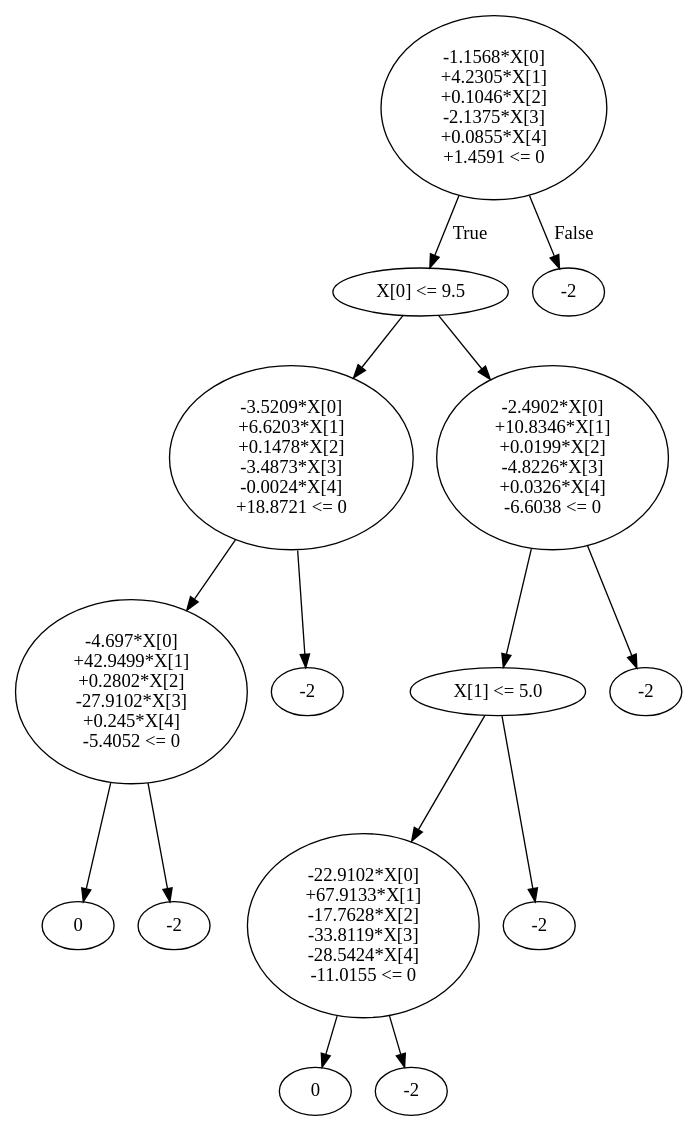
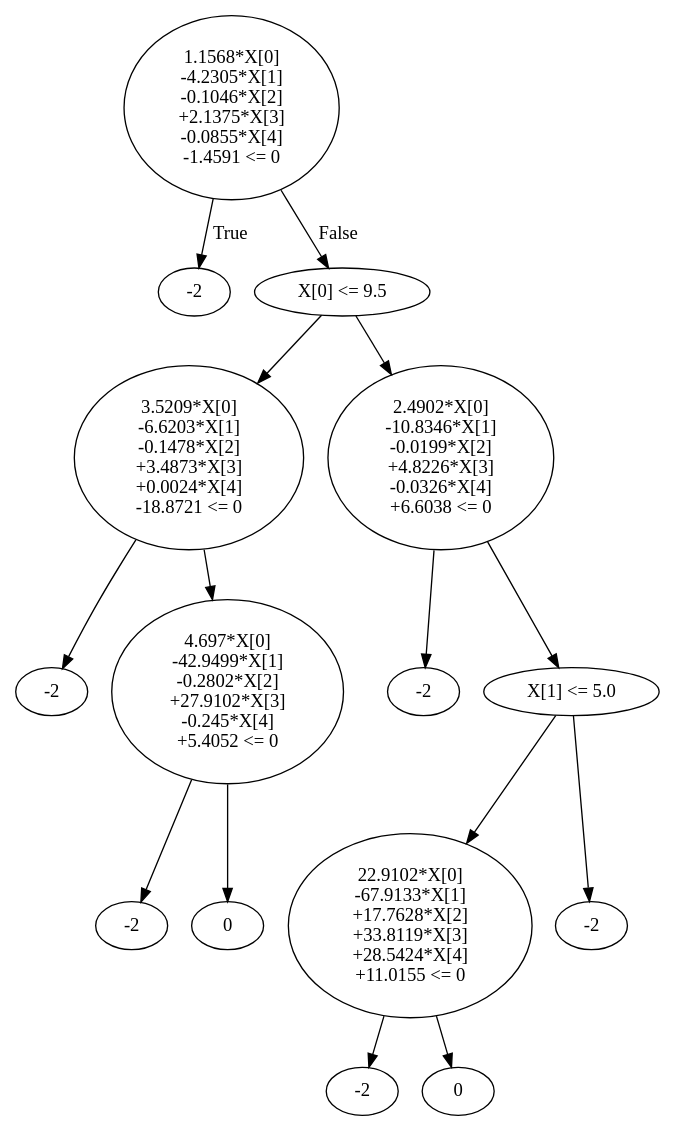
The diagram in decision_trees/MaxEveryNodeLCDT(LogisticRegression)/cruise-small-latest/MaxEveryNodeLCDT(LogisticRegression).dot (hobborg/dtControl), drawn with Graphviz before and after one commit. The commit also changed 15 other files, not shown here.

```diff
--- a/decision_trees/MaxEveryNodeLCDT(LogisticRegression)/cruise-small-latest/MaxEveryNodeLCDT(LogisticRegression).dot
+++ b/decision_trees/MaxEveryNodeLCDT(LogisticRegression)/cruise-small-latest/MaxEveryNodeLCDT(LogisticRegression).dot
@@ -1,57 +1,57 @@
 digraph {
-0 [label="-1.1568*X[0]
-+4.2305*X[1]
-+0.1046*X[2]
--2.1375*X[3]
-+0.0855*X[4]
-+1.4591 <= 0"];
-1 [label="X[0] <= 9.5"];
-2 [label="-3.5209*X[0]
-+6.6203*X[1]
-+0.1478*X[2]
--3.4873*X[3]
--0.0024*X[4]
-+18.8721 <= 0"];
-3 [label="-4.697*X[0]
-+42.9499*X[1]
-+0.2802*X[2]
--27.9102*X[3]
-+0.245*X[4]
--5.4052 <= 0"];
-4 [label="0"];
+0 [label="1.1568*X[0]
+-4.2305*X[1]
+-0.1046*X[2]
++2.1375*X[3]
+-0.0855*X[4]
+-1.4591 <= 0"];
+1 [label="-2"];
+0 -> 1 [label="True"];
+2 [label="X[0] <= 9.5"];
+3 [label="3.5209*X[0]
+-6.6203*X[1]
+-0.1478*X[2]
++3.4873*X[3]
++0.0024*X[4]
+-18.8721 <= 0"];
+4 [label="-2"];
 3 -> 4 [label=""];
-5 [label="-2"];
+5 [label="4.697*X[0]
+-42.9499*X[1]
+-0.2802*X[2]
++27.9102*X[3]
+-0.245*X[4]
++5.4052 <= 0"];
+6 [label="-2"];
+5 -> 6 [label=""];
+7 [label="0"];
+5 -> 7 [label=""];
 3 -> 5 [label=""];
 2 -> 3 [label=""];
-6 [label="-2"];
-2 -> 6 [label=""];
-1 -> 2 [label=""];
-7 [label="-2.4902*X[0]
-+10.8346*X[1]
-+0.0199*X[2]
--4.8226*X[3]
-+0.0326*X[4]
--6.6038 <= 0"];
-8 [label="X[1] <= 5.0"];
-9 [label="-22.9102*X[0]
-+67.9133*X[1]
--17.7628*X[2]
--33.8119*X[3]
--28.5424*X[4]
--11.0155 <= 0"];
-10 [label="0"];
-9 -> 10 [label=""];
-11 [label="-2"];
-9 -> 11 [label=""];
+8 [label="2.4902*X[0]
+-10.8346*X[1]
+-0.0199*X[2]
++4.8226*X[3]
+-0.0326*X[4]
++6.6038 <= 0"];
+9 [label="-2"];
 8 -> 9 [label=""];
+10 [label="X[1] <= 5.0"];
+11 [label="22.9102*X[0]
+-67.9133*X[1]
++17.7628*X[2]
++33.8119*X[3]
++28.5424*X[4]
++11.0155 <= 0"];
 12 [label="-2"];
-8 -> 12 [label=""];
-7 -> 8 [label=""];
-13 [label="-2"];
-7 -> 13 [label=""];
-1 -> 7 [label=""];
-0 -> 1 [label="True"];
+11 -> 12 [label=""];
+13 [label="0"];
+11 -> 13 [label=""];
+10 -> 11 [label=""];
 14 [label="-2"];
-0 -> 14 [label="False"];
+10 -> 14 [label=""];
+8 -> 10 [label=""];
+2 -> 8 [label=""];
+0 -> 2 [label="False"];
 
 }
```
